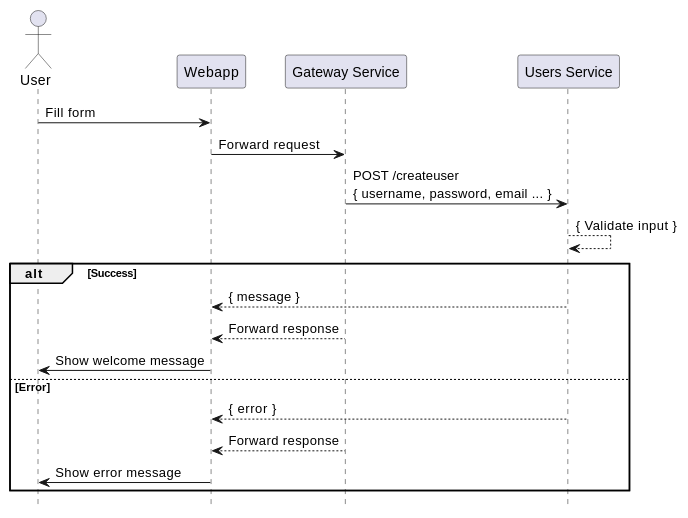
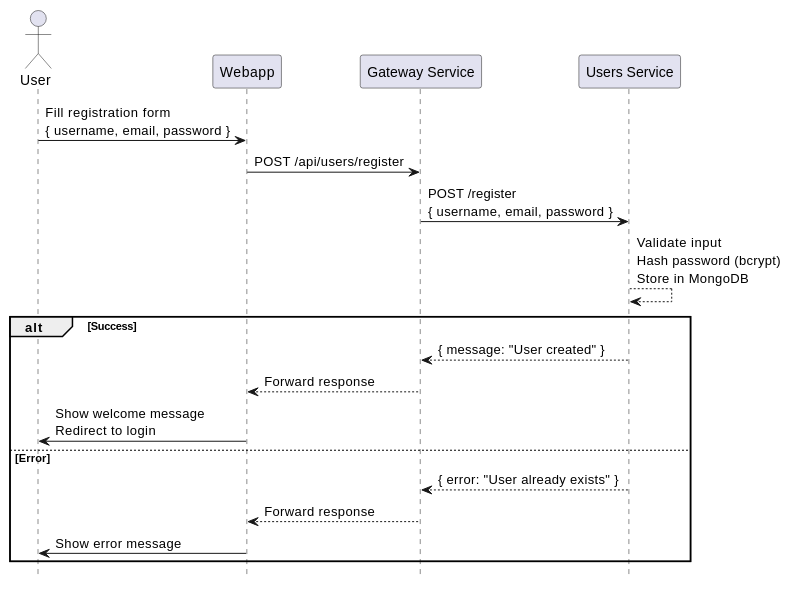
One commit to Arquisoft/yovi_en3a changed the first of 3 diagrams in docs/src/06_runtime_view.adoc. Above: the diagram before and after it, drawn with PlantUML. The commit also changed other lines of this file and 10 other files, not shown here.

```diff
--- a/docs/src/06_runtime_view.adoc
+++ b/docs/src/06_runtime_view.adoc
@@ -46,24 +46,24 @@
-[plantuml,"Sequence diagram - Login ",png]
+[plantuml,"Sequence diagram - Register",png]
 ----
 hide footbox
 
 actor User
 participant "Webapp" as Webapp
 participant "Gateway Service" as Gateway
 participant "Users Service" as Service
 
-User -> Webapp : Fill form
-Webapp -> Gateway : Forward request
-Gateway -> Service : POST /createuser\n{ username, password, email ... }
-Service --> Service : { Validate input }
+User -> Webapp : Fill registration form\n{ username, email, password }
+Webapp -> Gateway : POST /api/users/register
+Gateway -> Service : POST /register\n{ username, email, password }
+Service --> Service : Validate input\nHash password (bcrypt)\nStore in MongoDB
 
 alt Success
-    Service --> Webapp : { message }
+    Service --> Gateway : { message: "User created" }
     Gateway --> Webapp : Forward response
-    Webapp -> User : Show welcome message
+    Webapp -> User : Show welcome message\nRedirect to login
 else Error
-    Service --> Webapp : { error }
+    Service --> Gateway : { error: "User already exists" }
     Gateway --> Webapp : Forward response
     Webapp -> User : Show error message
 end
 ----
```
